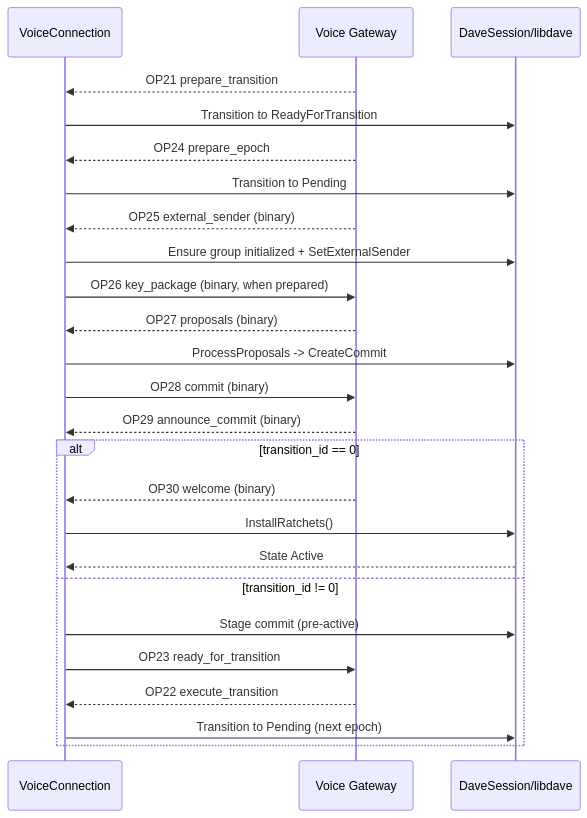
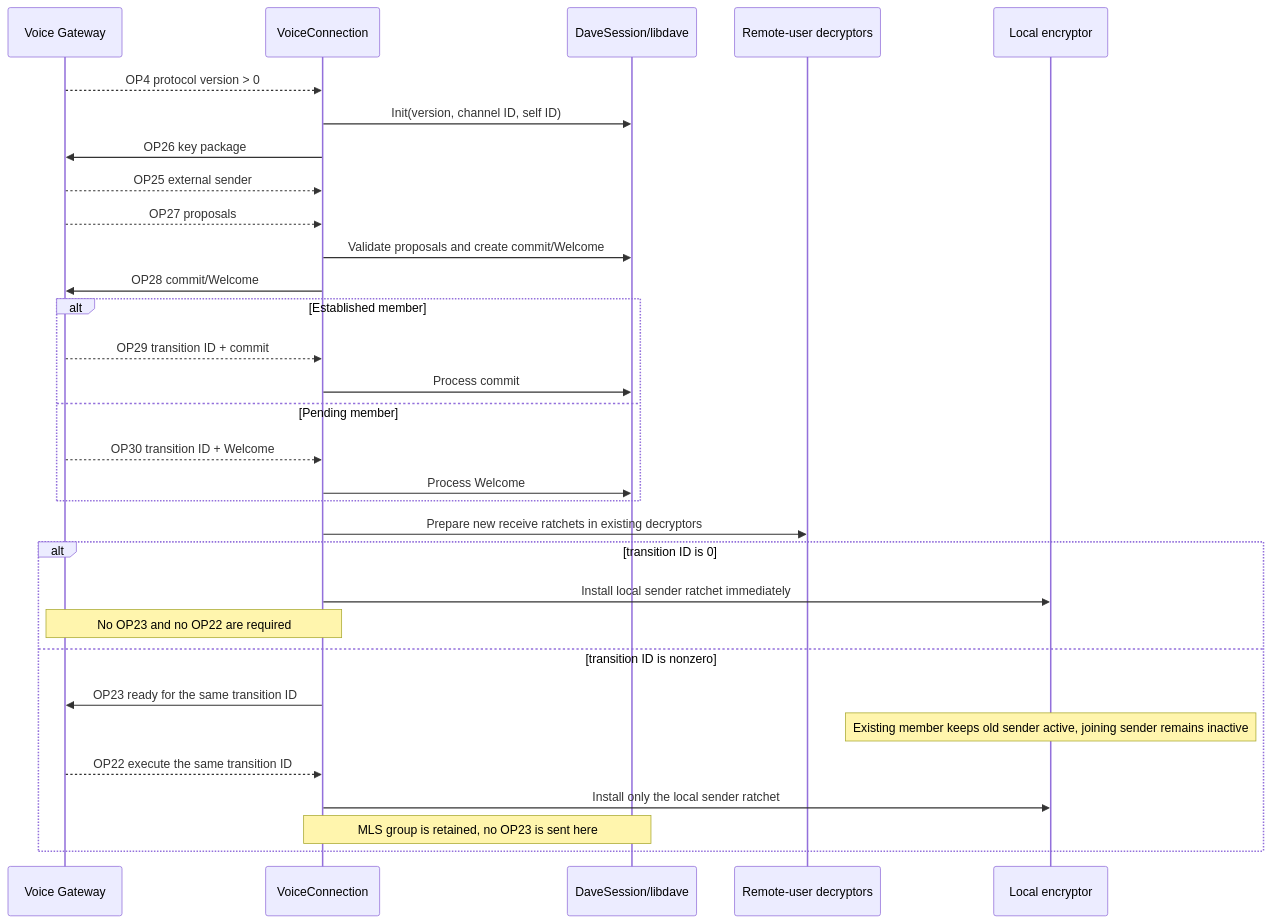
One commit to Aiko-IT-Systems/DisCatSharp changed the fourth of 12 diagrams in DisCatSharp.Docs/articles/modules/audio/voice/architecture.md. Above: the diagram before and after it, drawn with Mermaid. The commit also changed other lines of this file and 36 other files, not shown here.

````diff
--- a/DisCatSharp.Docs/articles/modules/audio/voice/architecture.md
+++ b/DisCatSharp.Docs/articles/modules/audio/voice/architecture.md
@@ -76,28 +120,36 @@
 ```mermaid
 sequenceDiagram
+    participant VG as Voice Gateway
     participant VC as VoiceConnection
-    participant VG as Voice Gateway
     participant MLS as DaveSession/libdave
+    participant RX as Remote-user decryptors
+    participant TX as Local encryptor
 
-    VG-->>VC: OP21 prepare_transition
-    VC->>MLS: Transition to ReadyForTransition
-    VG-->>VC: OP24 prepare_epoch
-    VC->>MLS: Transition to Pending
-    VG-->>VC: OP25 external_sender (binary)
-    VC->>MLS: Ensure group initialized + SetExternalSender
-    VC->>VG: OP26 key_package (binary, when prepared)
-    VG-->>VC: OP27 proposals (binary)
-    VC->>MLS: ProcessProposals -> CreateCommit
-    VC->>VG: OP28 commit (binary)
-    VG-->>VC: OP29 announce_commit (binary)
-    alt transition_id == 0
-        VG-->>VC: OP30 welcome (binary)
-        VC->>MLS: InstallRatchets()
-        MLS-->>VC: State Active
-    else transition_id != 0
-        VC->>MLS: Stage commit (pre-active)
-        VC->>VG: OP23 ready_for_transition
-        VG-->>VC: OP22 execute_transition
-        VC->>MLS: Transition to Pending (next epoch)
+    VG-->>VC: OP4 protocol version > 0
+    VC->>MLS: Init(version, channel ID, self ID)
+    VC->>VG: OP26 key package
+    VG-->>VC: OP25 external sender
+    VG-->>VC: OP27 proposals
+    VC->>MLS: Validate proposals and create commit/Welcome
+    VC->>VG: OP28 commit/Welcome
+
+    alt Established member
+        VG-->>VC: OP29 transition ID + commit
+        VC->>MLS: Process commit
+    else Pending member
+        VG-->>VC: OP30 transition ID + Welcome
+        VC->>MLS: Process Welcome
+    end
+
+    VC->>RX: Prepare new receive ratchets in existing decryptors
+    alt transition ID is 0
+        VC->>TX: Install local sender ratchet immediately
+        Note over VC,VG: No OP23 and no OP22 are required
+    else transition ID is nonzero
+        VC->>VG: OP23 ready for the same transition ID
+        Note over TX: Existing member keeps old sender active, joining sender remains inactive
+        VG-->>VC: OP22 execute the same transition ID
+        VC->>TX: Install only the local sender ratchet
+    Note over VC,MLS: MLS group is retained, no OP23 is sent here
     end
 ```
````
